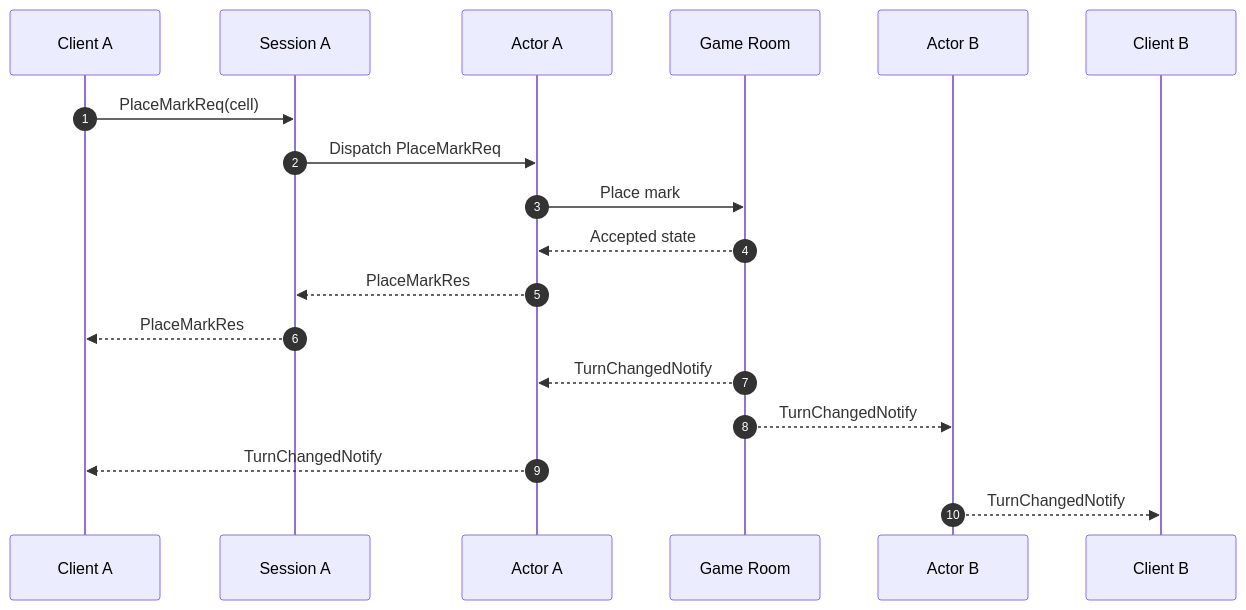
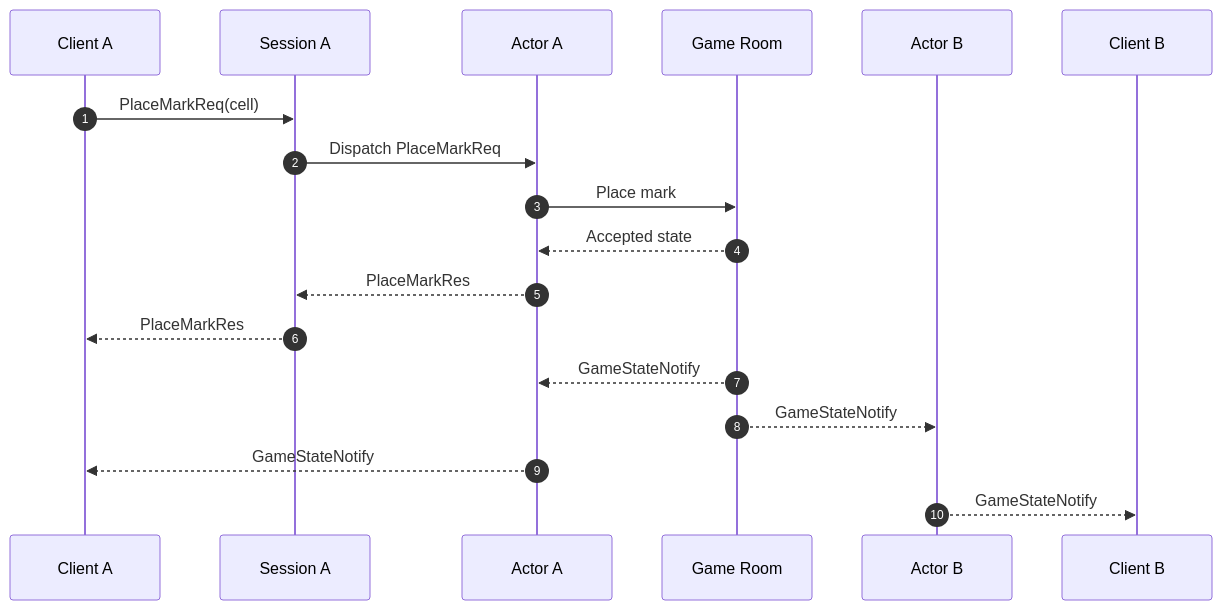
The fourth of 4 diagrams in framework/doc/spec/sample/tictactoe/direct.ko.md (kairos-code-dev/zlink), drawn with Mermaid before and after one commit. The commit also changed other lines of this file and 160 other files, not shown here.

````diff
--- a/framework/doc/spec/sample/tictactoe/direct.ko.md
+++ b/framework/doc/spec/sample/tictactoe/direct.ko.md
@@ -210,21 +203,21 @@
 ```mermaid
 sequenceDiagram
     autonumber
     participant CA as Client A
     participant SA as Session A
     participant AA as Actor A
     participant ROOM as Game Room
     participant AB as Actor B
     participant CB as Client B
 
     CA->>SA: PlaceMarkReq(cell)
     SA->>AA: Dispatch PlaceMarkReq
     AA->>ROOM: Place mark
     ROOM-->>AA: Accepted state
     AA-->>SA: PlaceMarkRes
     SA-->>CA: PlaceMarkRes
-    ROOM-->>AA: TurnChangedNotify
-    ROOM-->>AB: TurnChangedNotify
-    AA-->>CA: TurnChangedNotify
-    AB-->>CB: TurnChangedNotify
+    ROOM-->>AA: GameStateNotify
+    ROOM-->>AB: GameStateNotify
+    AA-->>CA: GameStateNotify
+    AB-->>CB: GameStateNotify
 ```
````
